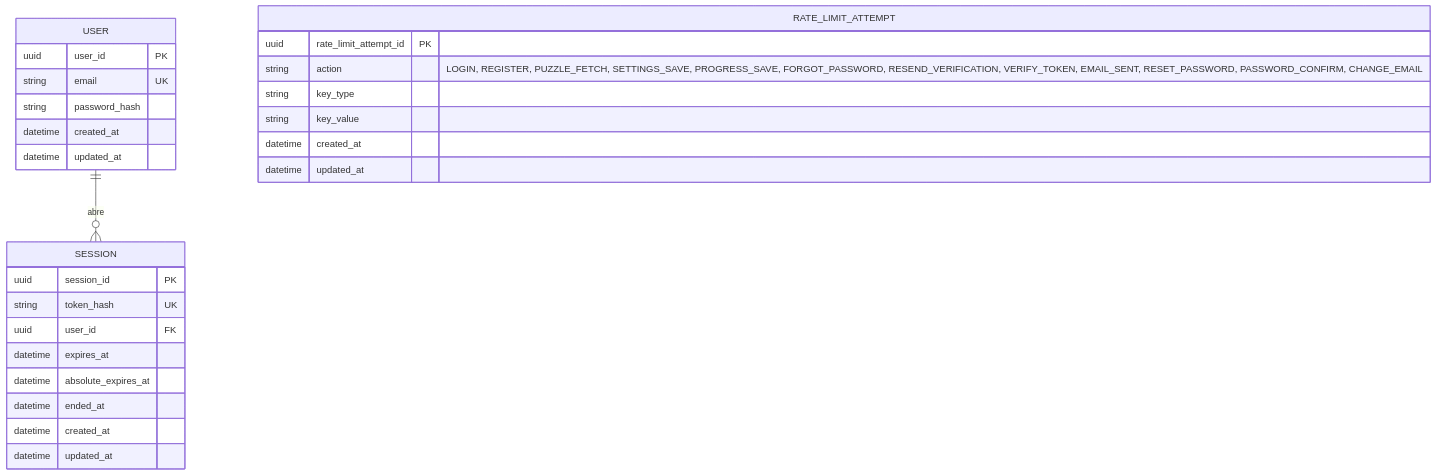
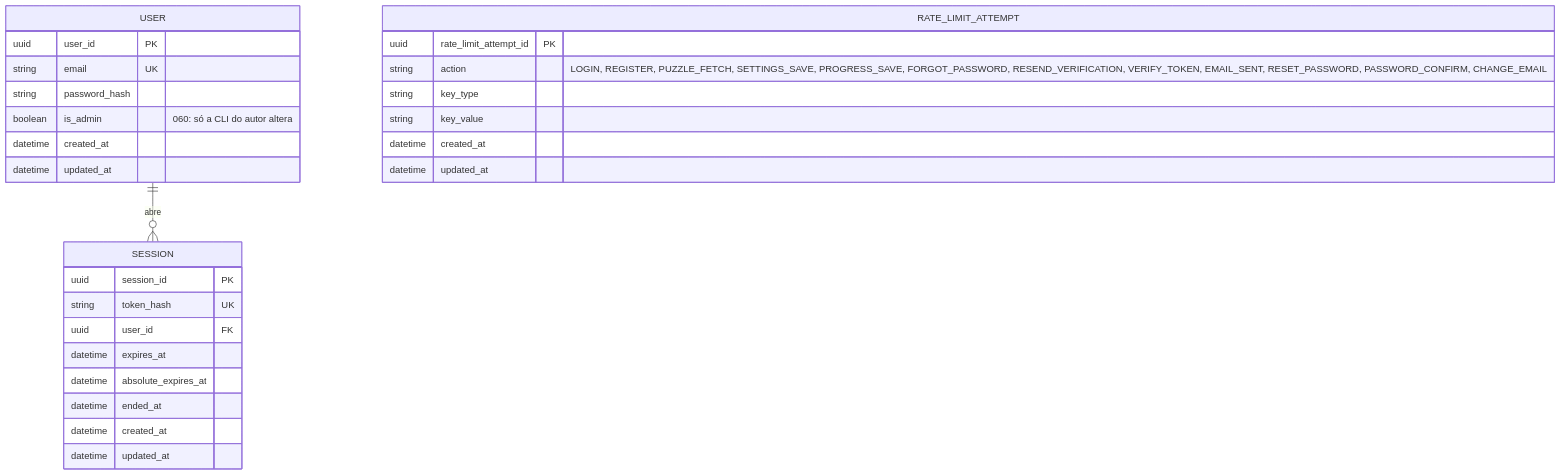
Before and after one commit to BrunoYTanaka/cruzadinha: the diagram in docs/entity-relationship-diagrams/ERD-001-banco-auth-convites.md, drawn with Mermaid. The commit also changed 15 other files, not shown here.

````diff
--- a/docs/entity-relationship-diagrams/ERD-001-banco-auth-convites.md
+++ b/docs/entity-relationship-diagrams/ERD-001-banco-auth-convites.md
@@ -1,32 +1,33 @@
 ```mermaid
 erDiagram
     USER {
         uuid user_id PK
         string email UK
         string password_hash
+        boolean is_admin "060: só a CLI do autor altera"
         datetime created_at
         datetime updated_at
     }
 
     SESSION {
         uuid session_id PK
         string token_hash UK
         uuid user_id FK
         datetime expires_at
         datetime absolute_expires_at
         datetime ended_at
         datetime created_at
         datetime updated_at
     }
 
     RATE_LIMIT_ATTEMPT {
         uuid rate_limit_attempt_id PK
         string action "LOGIN, REGISTER, PUZZLE_FETCH, SETTINGS_SAVE, PROGRESS_SAVE, FORGOT_PASSWORD, RESEND_VERIFICATION, VERIFY_TOKEN, EMAIL_SENT, RESET_PASSWORD, PASSWORD_CONFIRM, CHANGE_EMAIL"
         string key_type
         string key_value
         datetime created_at
         datetime updated_at
     }
 
     USER ||--o{ SESSION : "abre"
 ```
````
